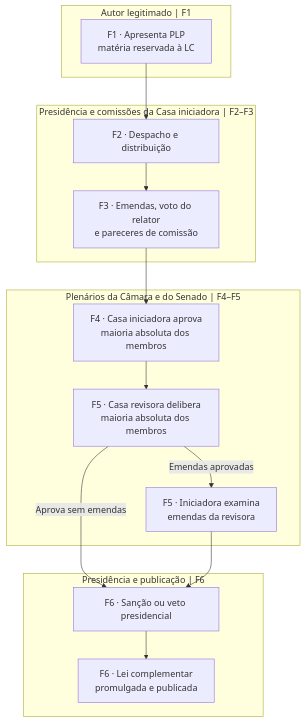
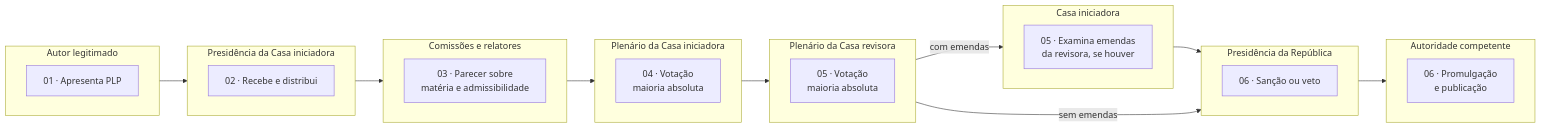
The second of 10 diagrams in 3 - Materias/Direito Constitucional/38 - blueprints do processo legislativo por especie normativa.md (leorruas/concursos), drawn with Mermaid before and after one commit. The commit also changed other lines of this file, not shown here.

Commit message:
docs: transformar blueprints por espécie em faixas de atores e fases com links de apoio

````diff
--- a/3 - Materias/Direito Constitucional/38 - blueprints do processo legislativo por especie normativa.md
+++ b/3 - Materias/Direito Constitucional/38 - blueprints do processo legislativo por especie normativa.md
@@ -80,23 +63,39 @@
 ```mermaid
-flowchart TB
- subgraph ORI["Autor legitimado | F1"]
- A["F1 · Apresenta PLP<br/>matéria reservada à LC"]
- end
- subgraph CD["Presidência e comissões da Casa iniciadora | F2–F3"]
- B["F2 · Despacho e distribuição"]
- C["F3 · Emendas, voto do relator<br/>e pareceres de comissão"]
- end
- subgraph CASAS["Plenários da Câmara e do Senado | F4–F5"]
- D["F4 · Casa iniciadora aprova<br/>maioria absoluta dos membros"]
- E["F5 · Casa revisora delibera<br/>maioria absoluta dos membros"]
- F["F5 · Iniciadora examina<br/>emendas da revisora"]
- end
- subgraph EXEC["Presidência e publicação | F6"]
- G["F6 · Sanção ou veto presidencial"]
- H["F6 · Lei complementar<br/>promulgada e publicada"]
- end
- A --> B --> C --> D --> E
- E -->|Aprova sem emendas| G
- E -->|Emendas aprovadas| F --> G
- G --> H
+flowchart LR
+  subgraph L0["Autor legitimado"]
+    direction LR
+    a["01 · Apresenta PLP"]
+  end
+  subgraph L1["Presidência da Casa iniciadora"]
+    direction LR
+    b["02 · Recebe e distribui"]
+  end
+  subgraph L2["Comissões e relatores"]
+    direction LR
+    c["03 · Parecer sobre<br/>matéria e admissibilidade"]
+  end
+  subgraph L3["Plenário da Casa iniciadora"]
+    direction LR
+    d["04 · Votação<br/>maioria absoluta"]
+  end
+  subgraph L4["Plenário da Casa revisora"]
+    direction LR
+    e["05 · Votação<br/>maioria absoluta"]
+  end
+  subgraph L5["Casa iniciadora"]
+    direction LR
+    f["05 · Examina emendas<br/>da revisora, se houver"]
+  end
+  subgraph L6["Presidência da República"]
+    direction LR
+    g["06 · Sanção ou veto"]
+  end
+  subgraph L7["Autoridade competente"]
+    direction LR
+    h["06 · Promulgação<br/>e publicação"]
+  end
+  a --> b --> c --> d --> e
+  e -->|sem emendas| g
+  e -->|com emendas| f --> g
+  g --> h
 ```
````
